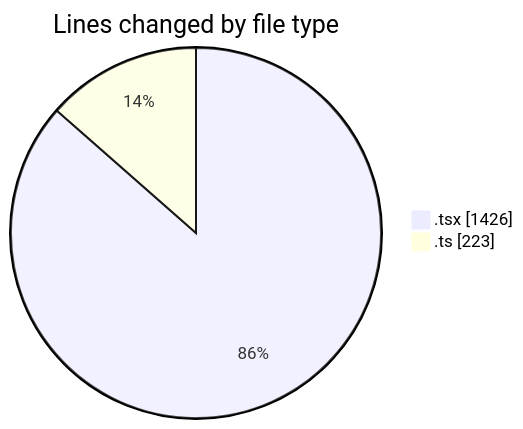
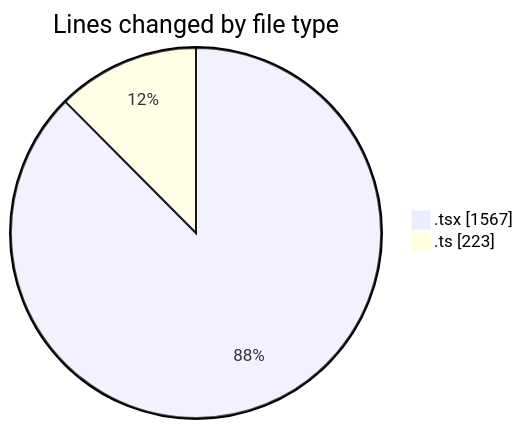
Before and after one commit to nxtqubesakshisongat/code-tracking: the first of 2 diagrams in 2026-02-04/nxtqube_webapp/README.md, drawn with Mermaid. The commit also changed other lines of this file and 1 other file, not shown here.

````diff
--- a/2026-02-04/nxtqube_webapp/README.md
+++ b/2026-02-04/nxtqube_webapp/README.md
@@ -22,6 +23,6 @@
 ```mermaid
 pie showData
 title Lines changed by file type
-".tsx" : 1426
+".tsx" : 1567
 ".ts" : 223
 ```
````
